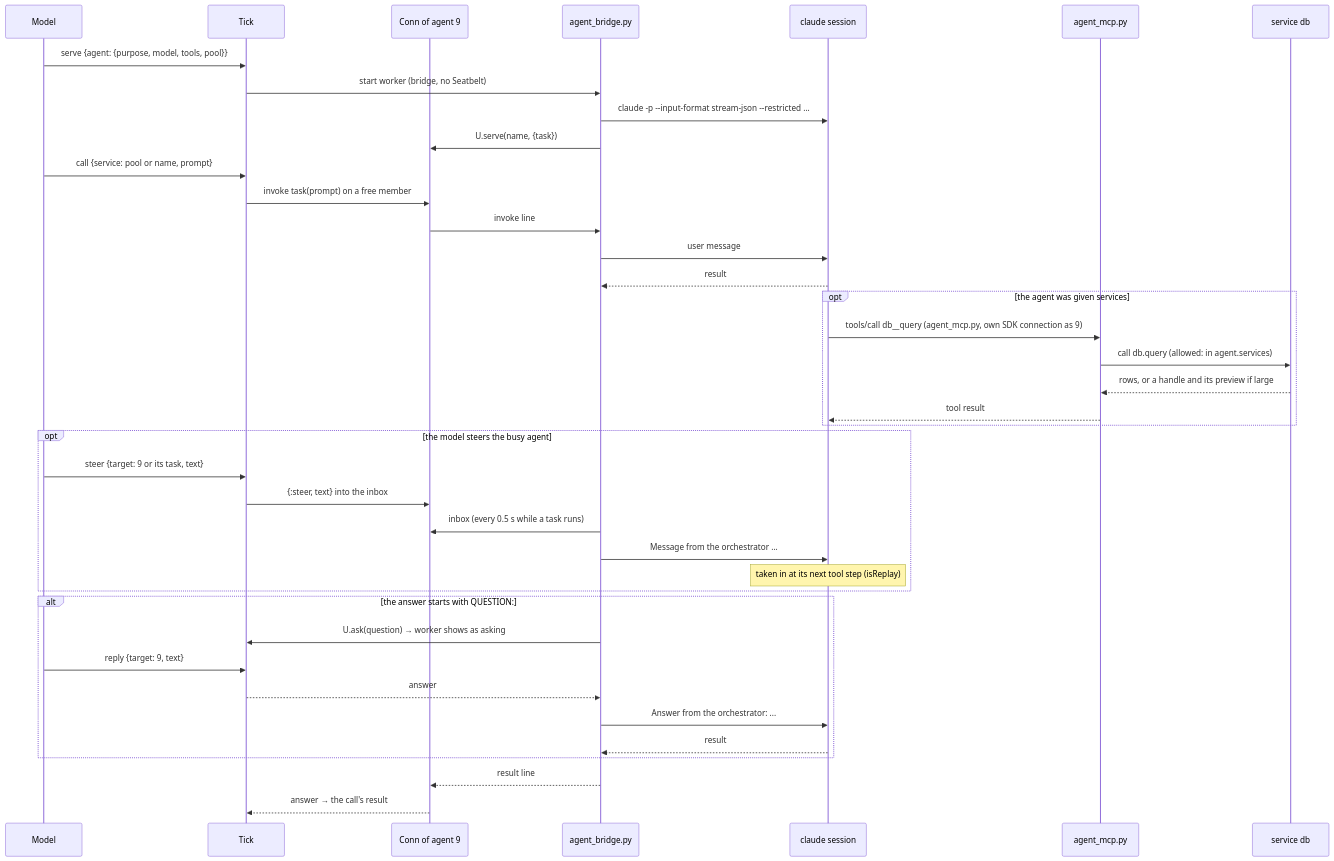
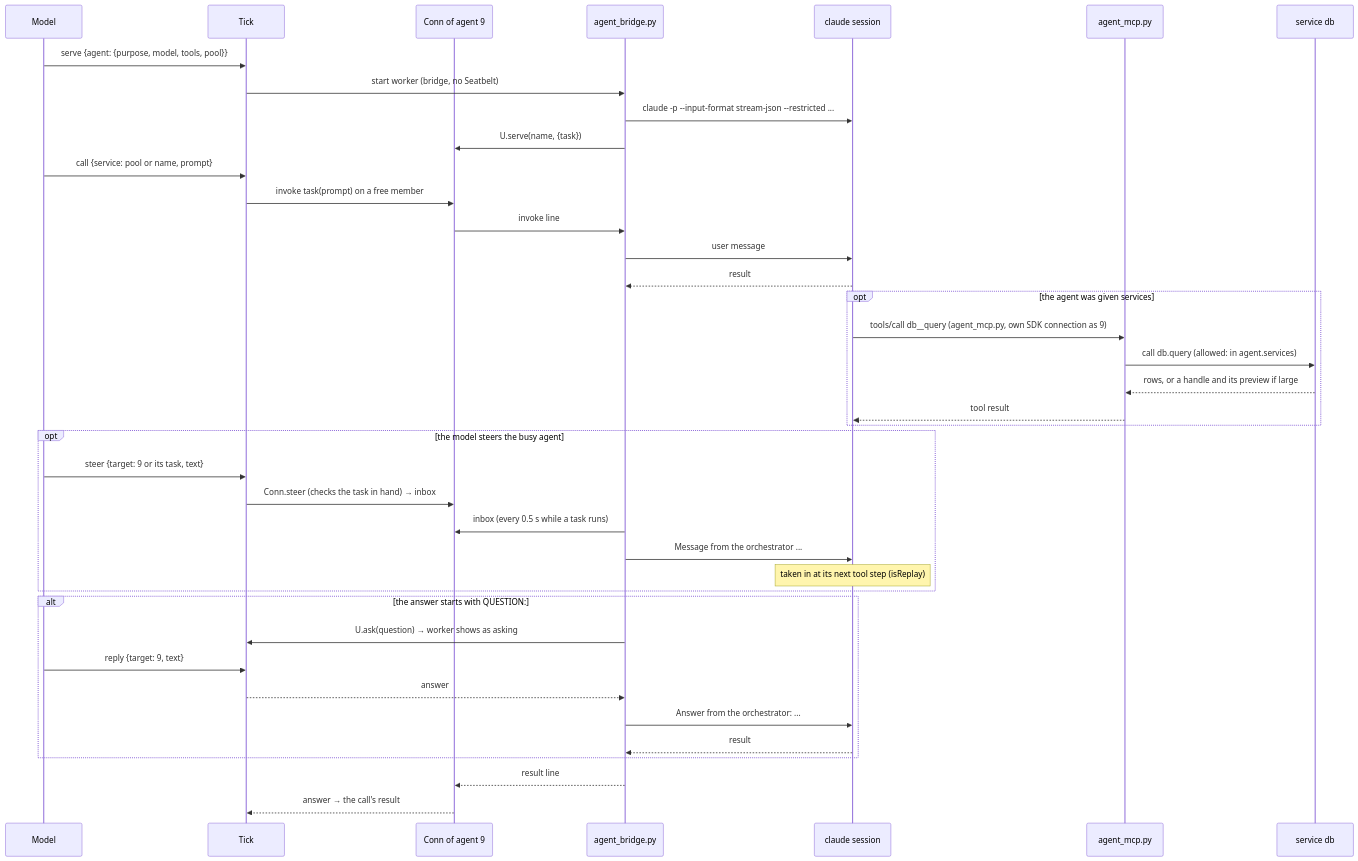
The fourth of 5 diagrams in docs/ARCHITECTURE.md (asx8678/universe), drawn with Mermaid before and after one commit. The commit also changed other lines of this file and 18 other files, not shown here.

````diff
--- a/docs/ARCHITECTURE.md
+++ b/docs/ARCHITECTURE.md
@@ -172,42 +172,42 @@
 ```mermaid
 sequenceDiagram
   participant M as Model
   participant T as Tick
   participant C as Conn of agent 9
   participant B as agent_bridge.py
   participant CL as claude session
   participant X2 as agent_mcp.py
   participant S as service db
 
   M->>T: serve {agent: {purpose, model, tools, pool}}
   T->>B: start worker (bridge, no Seatbelt)
   B->>CL: claude -p --input-format stream-json --restricted ...
   B->>C: U.serve(name, {task})
   M->>T: call {service: pool or name, prompt}
   T->>C: invoke task(prompt) on a free member
   C->>B: invoke line
   B->>CL: user message
   CL-->>B: result
   opt the agent was given services
     CL->>X2: tools/call db__query (agent_mcp.py, own SDK connection as 9)
     X2->>S: call db.query (allowed: in agent.services)
     S-->>X2: rows, or a handle and its preview if large
     X2-->>CL: tool result
   end
   opt the model steers the busy agent
     M->>T: steer {target: 9 or its task, text}
-    T->>C: {:steer, text} into the inbox
+    T->>C: Conn.steer (checks the task in hand) → inbox
     B->>C: inbox (every 0.5 s while a task runs)
     B->>CL: Message from the orchestrator ...
     Note over CL: taken in at its next tool step (isReplay)
   end
   alt the answer starts with QUESTION:
     B->>T: U.ask(question) → worker shows as asking
     M->>T: reply {target: 9, text}
     T-->>B: answer
     B->>CL: Answer from the orchestrator: ...
     CL-->>B: result
   end
   B-->>C: result line
   C-->>T: answer → the call's result
 ```
````
